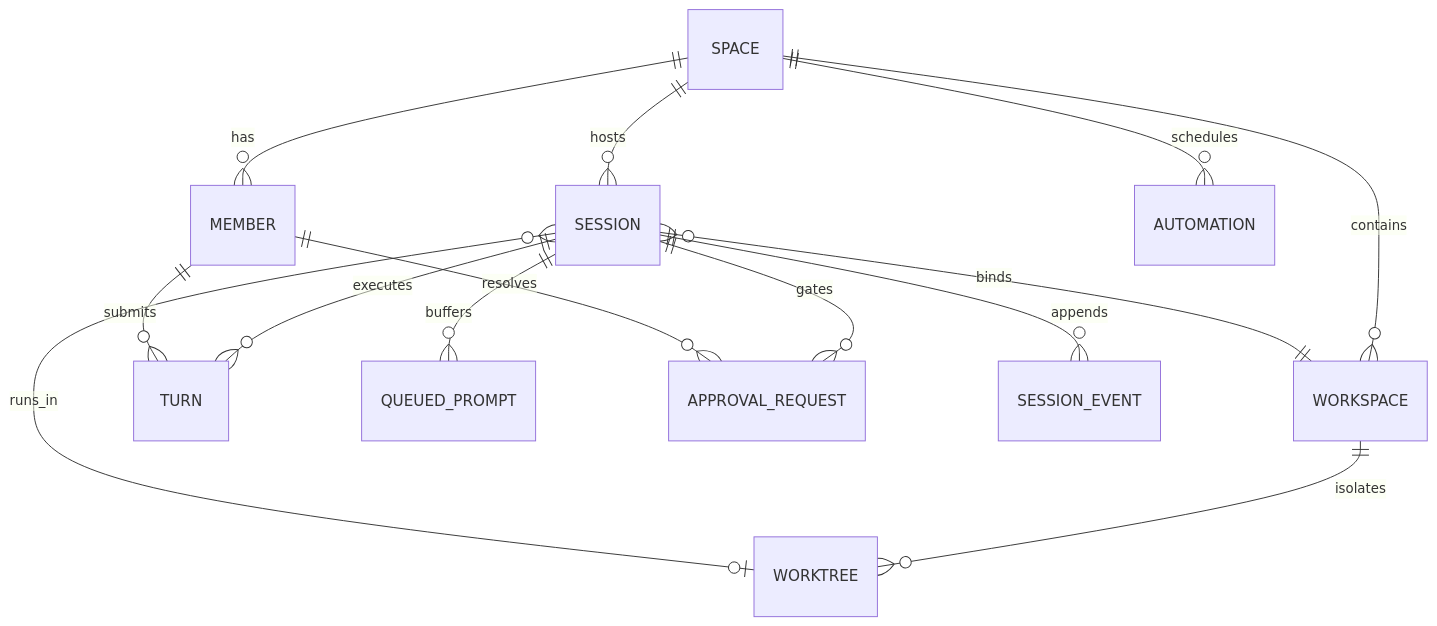
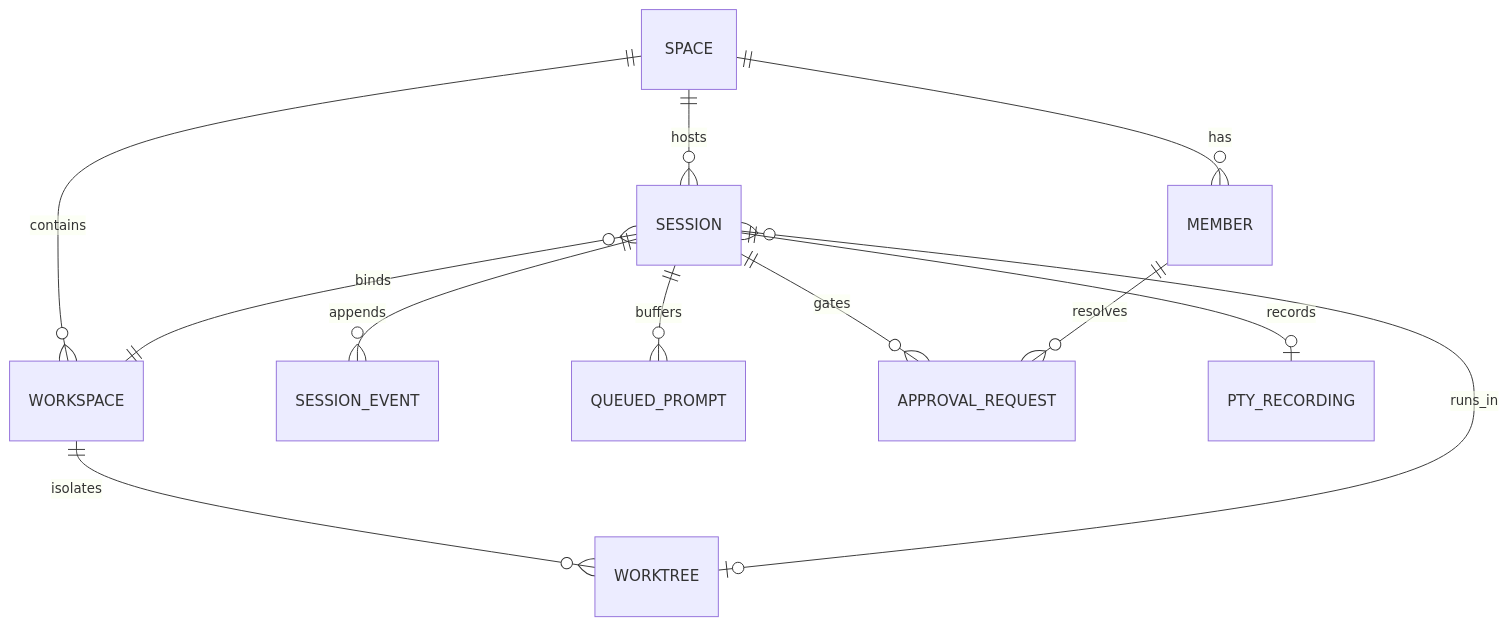
Before and after one commit to SQMY-dor/openmirasim: the second of 2 diagrams in docs/architecture.md, drawn with Mermaid. The commit also changed other lines of this file and 25 other files, not shown here.

Commit message:
chore: adopt R1-R7 design review, add roadmap/work-split, fix setup-env, and scaffold workspace + CI

````diff
--- a/docs/architecture.md
+++ b/docs/architecture.md
@@ -81,16 +80,14 @@
 ```mermaid
 erDiagram
     SPACE ||--o{ MEMBER : has
     SPACE ||--o{ WORKSPACE : contains
     SPACE ||--o{ SESSION : hosts
-    SPACE ||--o{ AUTOMATION : schedules
     WORKSPACE ||--o{ WORKTREE : isolates
     SESSION }o--|| WORKSPACE : binds
     SESSION }o--o| WORKTREE : runs_in
-    SESSION ||--o{ TURN : executes
+    SESSION ||--o{ SESSION_EVENT : appends
     SESSION ||--o{ QUEUED_PROMPT : buffers
     SESSION ||--o{ APPROVAL_REQUEST : gates
-    SESSION ||--o{ SESSION_EVENT : appends
-    MEMBER ||--o{ TURN : submits
+    SESSION ||--o| PTY_RECORDING : records
     MEMBER ||--o{ APPROVAL_REQUEST : resolves
 ```
````
